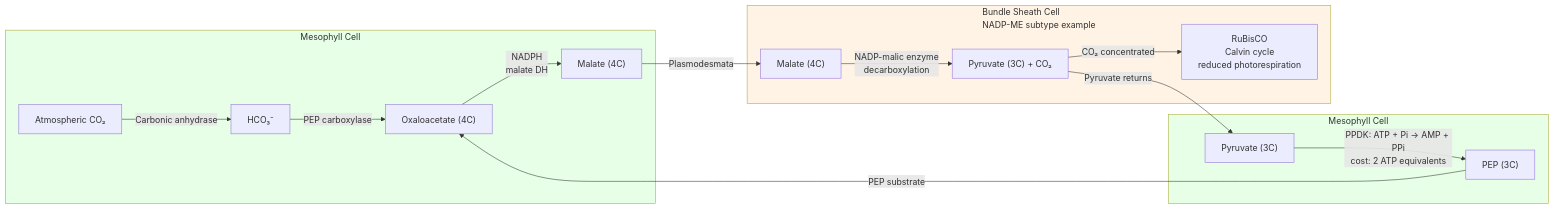
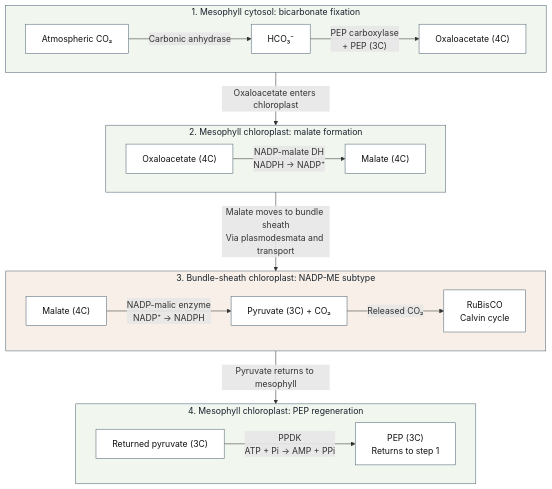
One commit to docxology/biology_textbook changed the third of 6 diagrams in docs/manuscript/unit_III/photosynthesis.md. Above: the diagram before and after it, drawn with Mermaid. The commit also changed other lines of this file and 41 other files, not shown here.

````diff
--- a/docs/manuscript/unit_III/photosynthesis.md
+++ b/docs/manuscript/unit_III/photosynthesis.md
@@ -572,25 +571,34 @@
 ```mermaid
-flowchart LR
-    subgraph MC ["Mesophyll Cell"]
+---
+config:
+  layout: dagre
+---
+flowchart TB
+    subgraph FIX["1. Mesophyll cytosol: bicarbonate fixation"]
+        direction LR
         A["Atmospheric CO₂"] -->|"Carbonic anhydrase"| Bic["HCO₃⁻"]
-        Bic -->|"PEP carboxylase"| B["Oxaloacetate (4C)"]
-        B -->|"NADPH<br/>malate DH"| C["Malate (4C)"]
+        Bic -->|"PEP carboxylase<br/>+ PEP (3C)"| B["Oxaloacetate (4C)"]
     end
-
-    subgraph BSC ["Bundle Sheath Cell<br/>NADP-ME subtype example"]
-        D["Malate (4C)"] -->|"NADP-malic enzyme<br/>decarboxylation"| E["Pyruvate (3C) + CO₂"]
-        E -->|"CO₂ concentrated"| F["RuBisCO<br/>Calvin cycle<br/>reduced photorespiration"]
+    subgraph REDUCE["2. Mesophyll chloroplast: malate formation"]
+        direction LR
+        B2["Oxaloacetate (4C)"] -->|"NADP-malate DH<br/>NADPH → NADP⁺"| C["Malate (4C)"]
     end
-
-    subgraph MC2 ["Mesophyll Cell"]
-        G["Pyruvate (3C)"] -->|"PPDK: ATP + Pi → AMP + PPi<br/>cost: 2 ATP equivalents"| H["PEP (3C)"]
+    subgraph RELEASE["3. Bundle-sheath chloroplast: NADP-ME subtype"]
+        direction LR
+        D["Malate (4C)"] -->|"NADP-malic enzyme<br/>NADP⁺ → NADPH"| E["Pyruvate (3C) + CO₂"]
+        E -->|"Released CO₂"| F["RuBisCO<br/>Calvin cycle"]
     end
-
-    C -->|"Plasmodesmata"| D
-    E -->|"Pyruvate returns"| G
-    H -->|"PEP substrate"| B
-
-    style MC fill:#e6ffe6
-    style BSC fill:#fff3e6
-    style MC2 fill:#e6ffe6
+    subgraph RETURN["4. Mesophyll chloroplast: PEP regeneration"]
+        direction LR
+        G["Returned pyruvate (3C)"] -->|"PPDK<br/>ATP + Pi → AMP + PPi"| H["PEP (3C)<br/>Returns to step 1"]
+    end
+    FIX -->|"Oxaloacetate enters chloroplast"| REDUCE
+    REDUCE -->|"Malate moves to bundle sheath<br/>Via plasmodesmata and transport"| RELEASE
+    RELEASE -->|"Pyruvate returns to mesophyll"| RETURN
+    classDef carbon fill:#ffffff,stroke:#526777,color:#111111
+    class A,Bic,B,B2,C,D,E,F,G,H carbon
+    style FIX fill:#f1f6ef,stroke:#526777,color:#17212b
+    style REDUCE fill:#f1f6ef,stroke:#526777,color:#17212b
+    style RELEASE fill:#f8f0e8,stroke:#526777,color:#17212b
+    style RETURN fill:#f1f6ef,stroke:#526777,color:#17212b
 ```
````
